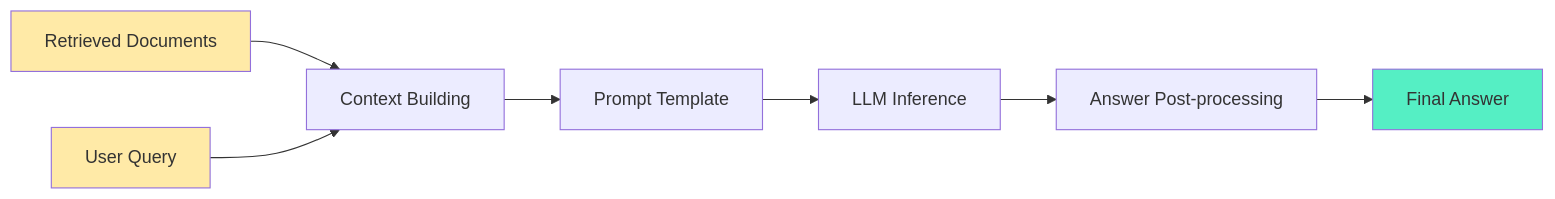
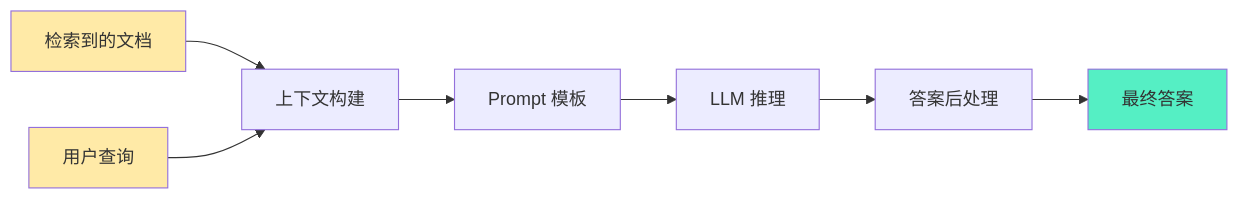
Before and after one commit to YiWang24/AiDIY: diagram 11 of 15 in i18n/zh-Hans/docusaurus-plugin-content-docs/current/ai/rag/01-introduction.mdx, drawn with Mermaid. The commit also changed other lines of this file and 59 other files, not shown here.

````diff
--- a/i18n/zh-Hans/docusaurus-plugin-content-docs/current/ai/rag/01-introduction.mdx
+++ b/i18n/zh-Hans/docusaurus-plugin-content-docs/current/ai/rag/01-introduction.mdx
@@ -1047,13 +1047,13 @@
 ```mermaid
 flowchart LR
-    A["Retrieved Documents"] --> B["Context Building"]
-    C["User Query"] --> B
-    B --> D["Prompt Template"]
-    D --> E["LLM Inference"]
-    E --> F["Answer Post-processing"]
-    F --> G["Final Answer"]
+    A["检索到的文档"] --> B["上下文构建"]
+    C["用户查询"] --> B
+    B --> D["Prompt 模板"]
+    D --> E["LLM 推理"]
+    E --> F["答案后处理"]
+    F --> G["最终答案"]
 
     style A fill:#ffeaa7
     style C fill:#ffeaa7
     style G fill:#55efc4
 ```
````
